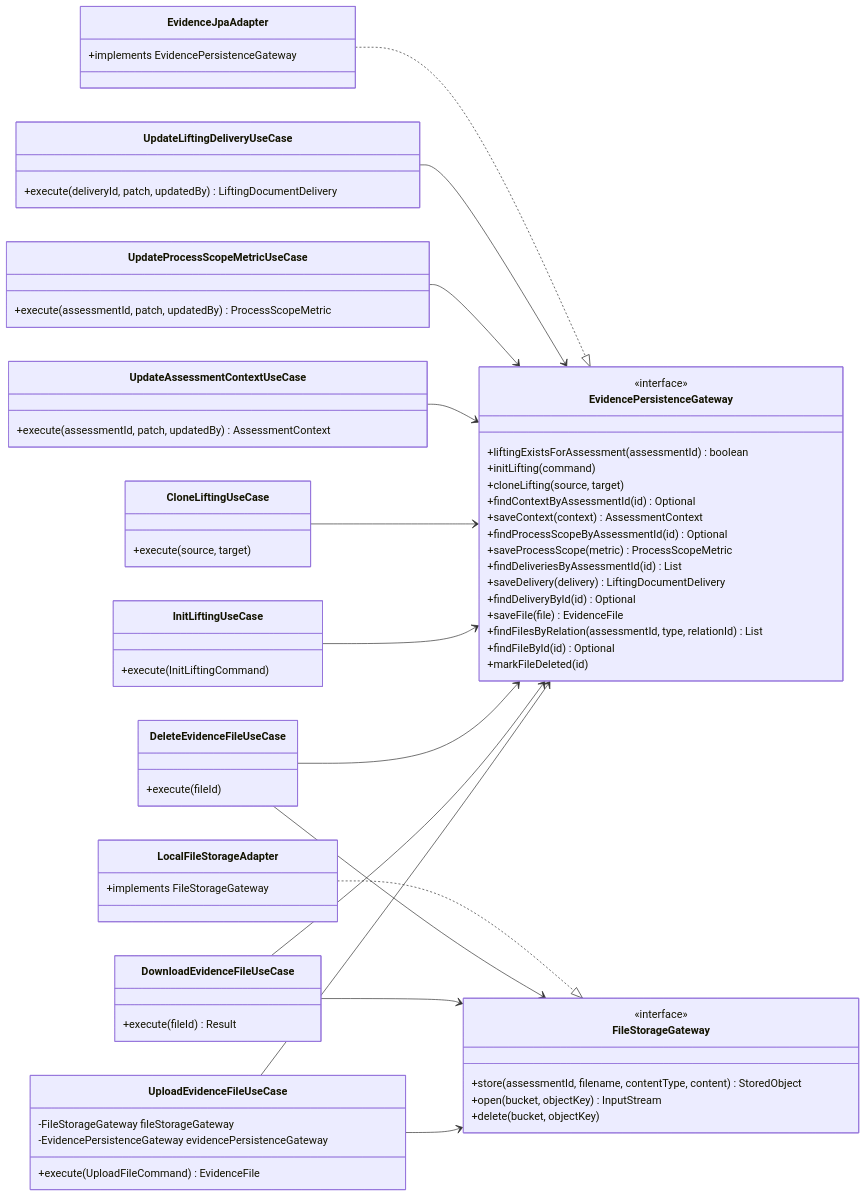
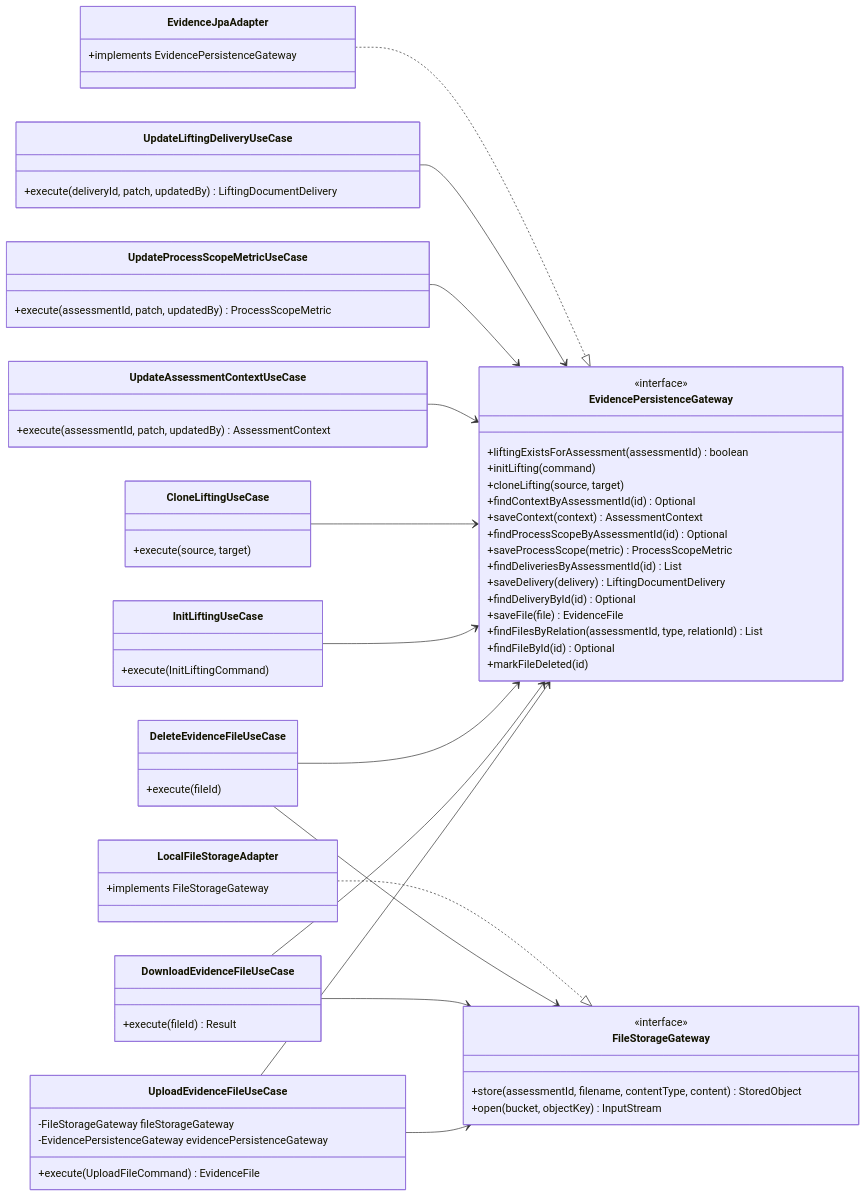
One commit to jdtovar07/MSPI_NVA_CO_DOCS changed the third of 4 diagrams in Documentacion-Backend/ms_evidence/03-Diseno.md. Above: the diagram before and after it, drawn with Mermaid. The commit also changed other lines of this file and 3 other files, not shown here.

````diff
--- a/Documentacion-Backend/ms_evidence/03-Diseno.md
+++ b/Documentacion-Backend/ms_evidence/03-Diseno.md
@@ -168,77 +168,76 @@
 ```mermaid
 classDiagram
     direction LR
 
     class EvidencePersistenceGateway {
         <<interface>>
         +liftingExistsForAssessment(assessmentId) boolean
         +initLifting(command)
         +cloneLifting(source, target)
         +findContextByAssessmentId(id) Optional
         +saveContext(context) AssessmentContext
         +findProcessScopeByAssessmentId(id) Optional
         +saveProcessScope(metric) ProcessScopeMetric
         +findDeliveriesByAssessmentId(id) List
         +saveDelivery(delivery) LiftingDocumentDelivery
         +findDeliveryById(id) Optional
         +saveFile(file) EvidenceFile
         +findFilesByRelation(assessmentId, type, relationId) List
         +findFileById(id) Optional
         +markFileDeleted(id)
     }
 
     class FileStorageGateway {
         <<interface>>
         +store(assessmentId, filename, contentType, content) StoredObject
         +open(bucket, objectKey) InputStream
-        +delete(bucket, objectKey)
     }
 
     class UploadEvidenceFileUseCase {
         -FileStorageGateway fileStorageGateway
         -EvidencePersistenceGateway evidencePersistenceGateway
         +execute(UploadFileCommand) EvidenceFile
     }
     class DownloadEvidenceFileUseCase {
         +execute(fileId) Result
     }
     class DeleteEvidenceFileUseCase {
         +execute(fileId)
     }
     class InitLiftingUseCase {
         +execute(InitLiftingCommand)
     }
     class CloneLiftingUseCase {
         +execute(source, target)
     }
     class UpdateAssessmentContextUseCase {
         +execute(assessmentId, patch, updatedBy) AssessmentContext
     }
     class UpdateProcessScopeMetricUseCase {
         +execute(assessmentId, patch, updatedBy) ProcessScopeMetric
     }
     class UpdateLiftingDeliveryUseCase {
         +execute(deliveryId, patch, updatedBy) LiftingDocumentDelivery
     }
 
     class EvidenceJpaAdapter {
         +implements EvidencePersistenceGateway
     }
     class LocalFileStorageAdapter {
         +implements FileStorageGateway
     }
 
     UploadEvidenceFileUseCase --> EvidencePersistenceGateway
     UploadEvidenceFileUseCase --> FileStorageGateway
     DownloadEvidenceFileUseCase --> EvidencePersistenceGateway
     DownloadEvidenceFileUseCase --> FileStorageGateway
     DeleteEvidenceFileUseCase --> EvidencePersistenceGateway
     DeleteEvidenceFileUseCase --> FileStorageGateway
     InitLiftingUseCase --> EvidencePersistenceGateway
     CloneLiftingUseCase --> EvidencePersistenceGateway
     UpdateAssessmentContextUseCase --> EvidencePersistenceGateway
     UpdateProcessScopeMetricUseCase --> EvidencePersistenceGateway
     UpdateLiftingDeliveryUseCase --> EvidencePersistenceGateway
     EvidenceJpaAdapter ..|> EvidencePersistenceGateway
     LocalFileStorageAdapter ..|> FileStorageGateway
 ```
````
